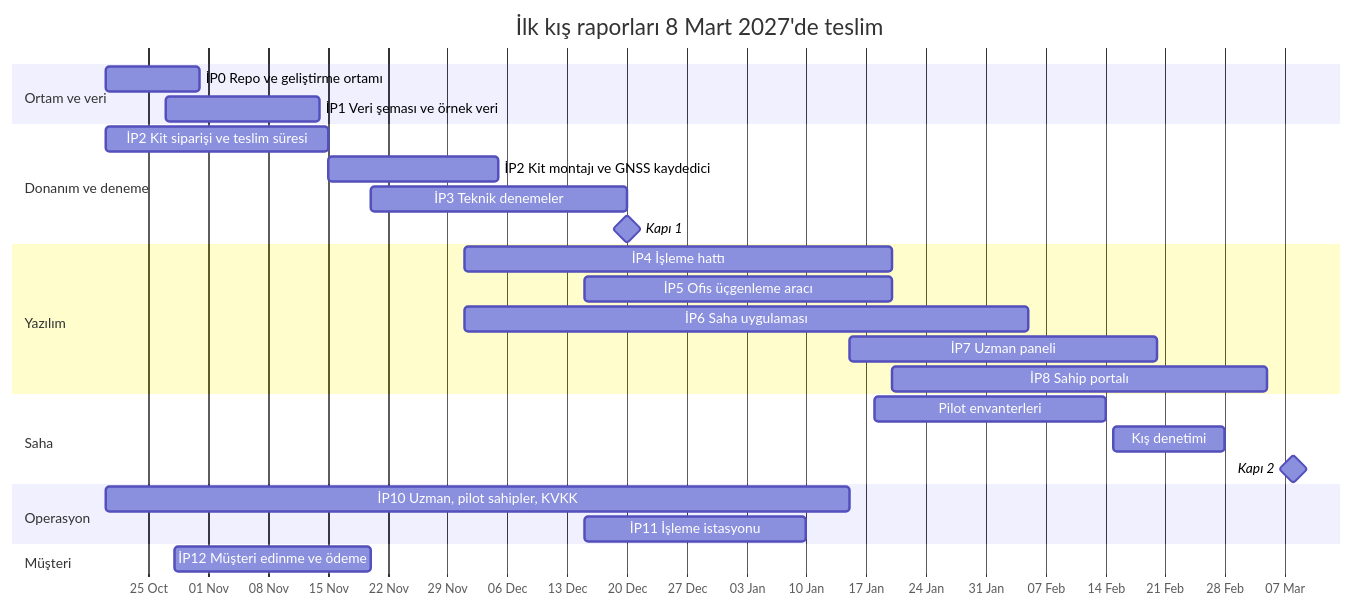
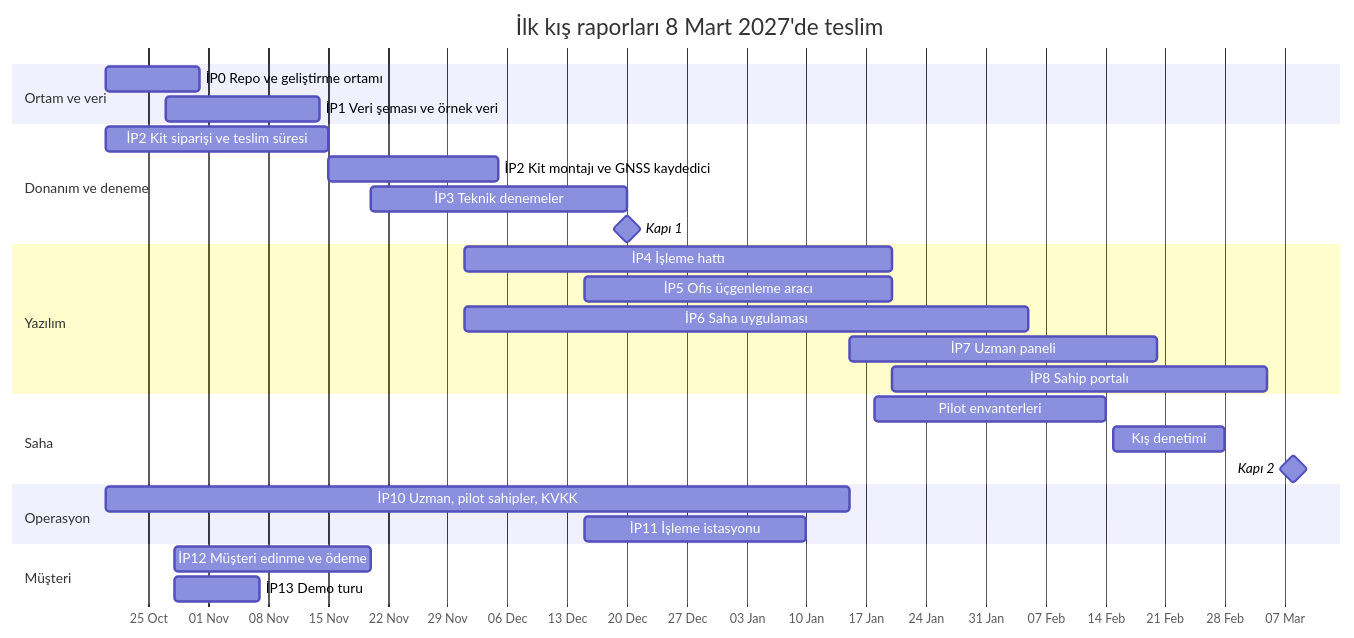
Before and after one commit to yusuftiryaki/orchadOS: the diagram in docs/plan.md, drawn with Mermaid. The commit also changed other lines of this file and 3 other files, not shown here.

````diff
--- a/docs/plan.md
+++ b/docs/plan.md
@@ -21,29 +21,30 @@
 ```mermaid
 gantt
     title İlk kış raporları 8 Mart 2027'de teslim
     dateFormat YYYY-MM-DD
     axisFormat %d %b
     section Ortam ve veri
     İP0 Repo ve geliştirme ortamı      :ip0, 2026-10-20, 2026-10-31
     İP1 Veri şeması ve örnek veri      :ip1, 2026-10-27, 2026-11-14
     section Donanım ve deneme
     İP2 Kit siparişi ve teslim süresi  :ip2a, 2026-10-20, 2026-11-15
     İP2 Kit montajı ve GNSS kaydedici  :ip2b, 2026-11-15, 2026-12-05
     İP3 Teknik denemeler               :ip3, 2026-11-20, 2026-12-20
     Kapı 1                             :milestone, k1, 2026-12-20, 0d
     section Yazılım
     İP4 İşleme hattı                   :ip4, 2026-12-01, 2027-01-20
     İP5 Ofis üçgenleme aracı           :ip5, 2026-12-15, 2027-01-20
     İP6 Saha uygulaması                :ip6, 2026-12-01, 2027-02-05
     İP7 Uzman paneli                   :ip7, 2027-01-15, 2027-02-20
     İP8 Sahip portalı                  :ip8, 2027-01-20, 2027-03-05
     section Saha
     Pilot envanterleri                 :env, 2027-01-18, 2027-02-14
     Kış denetimi                       :kis, 2027-02-15, 2027-02-28
     Kapı 2                             :milestone, k2, 2027-03-08, 0d
     section Operasyon
     İP10 Uzman, pilot sahipler, KVKK   :ip10, 2026-10-20, 2027-01-15
     İP11 İşleme istasyonu              :ip11, 2026-12-15, 2027-01-10
     section Müşteri
     İP12 Müşteri edinme ve ödeme       :ip12, 2026-10-28, 2026-11-20
+    İP13 Demo turu                     :ip13, 2026-10-28, 2026-11-07
 ```
````
